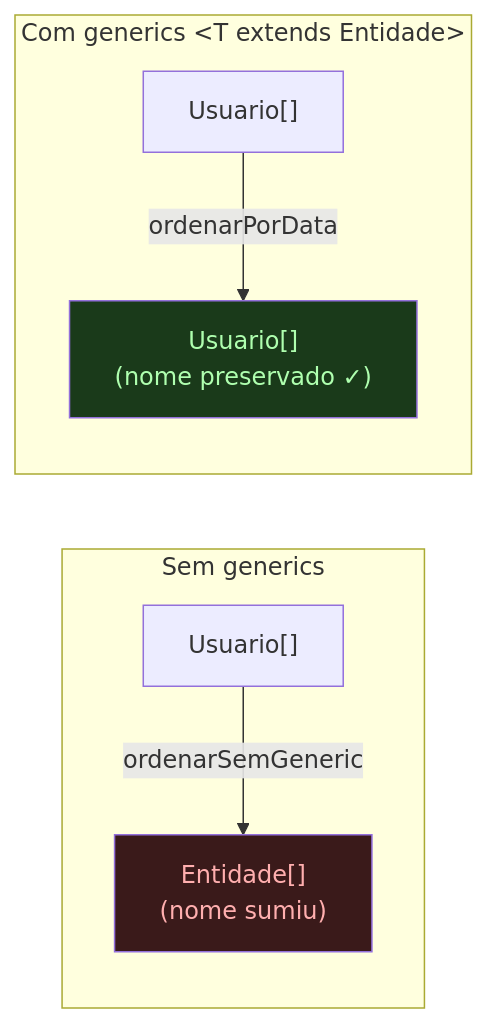
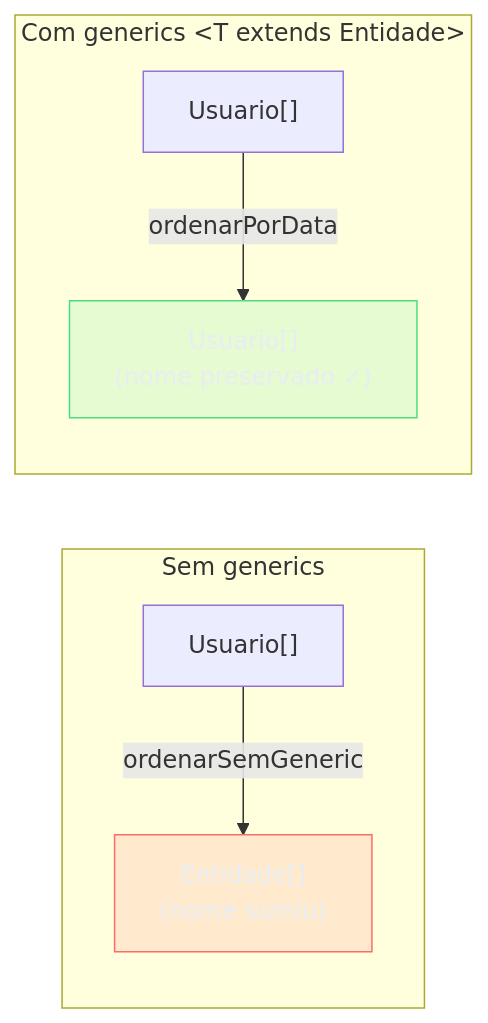
One commit to josenaldo/codex-technomanticus changed the fifth of 5 diagrams in 03-Dominios/Tecnologia/TypeScript/11 - Generics - funções e constraints.md. Above: the diagram before and after it, drawn with Mermaid. The commit also changed other lines of this file and 1181 other files, not shown here.

First line of the commit message:
fix(diagramas): paleta do sistema no lugar de cor cravada no markdown

````diff
--- a/03-Dominios/Tecnologia/TypeScript/11 - Generics - funções e constraints.md
+++ b/03-Dominios/Tecnologia/TypeScript/11 - Generics - funções e constraints.md
@@ -376,12 +382,14 @@
 ```mermaid
 flowchart LR
+    classDef falha fill:#FF6B6B24,stroke:#FF6B6B,color:#E9ECF2
+    classDef ok fill:#4ADE8021,stroke:#4ADE80,color:#E9ECF2
     subgraph SemG["Sem generics"]
         I1["Usuario[]"] -->|"ordenarSemGeneric"| O1["Entidade[]\n(nome sumiu)"]
     end
     subgraph ComG["Com generics &lt;T extends Entidade&gt;"]
         I2["Usuario[]"] -->|"ordenarPorData"| O2["Usuario[]\n(nome preservado ✓)"]
     end
 
-    style O1 fill:#3a1a1a,color:#ffafaf
-    style O2 fill:#1a3a1a,color:#afffaf
+    class O1 falha
+    class O2 ok
 ```
````
